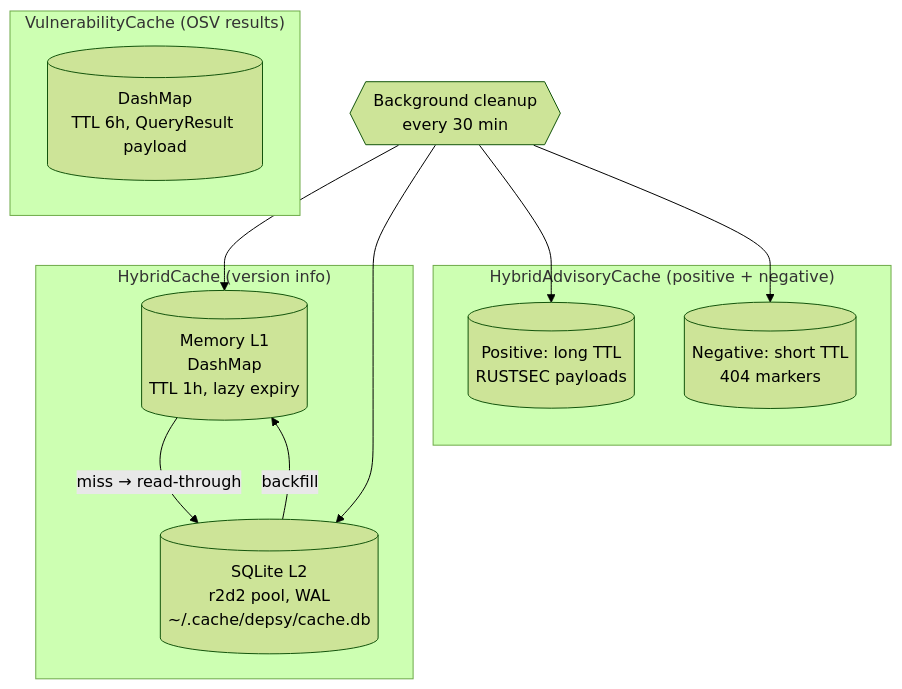
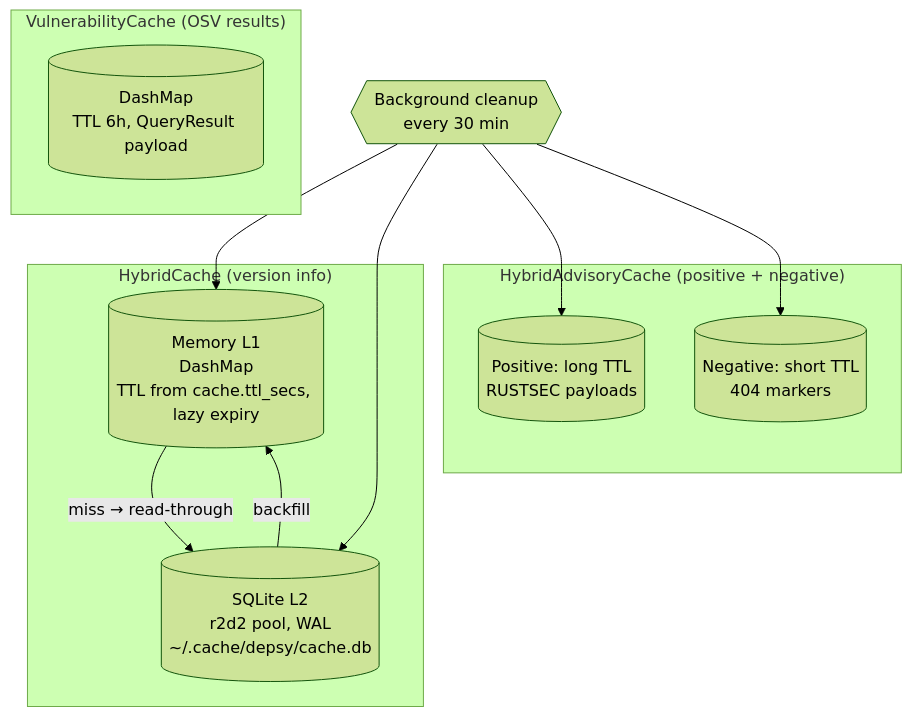
Before and after one commit to mpiton/zed-depsy: the third of 4 diagrams in docs/architecture.md, drawn with Mermaid (forest theme). The commit also changed 9 other files, not shown here.

First line of the commit message:
fix(cache): bound stored TTLs by the current one and accept any numeric ttl_secs

````diff
--- a/docs/architecture.md
+++ b/docs/architecture.md
@@ -312,24 +312,24 @@
 ```mermaid
 flowchart TB
     subgraph hybrid["HybridCache (version info)"]
-        L1[("Memory L1<br/>DashMap<String, CacheEntry><br/>TTL 1h, lazy expiry")]
+        L1[("Memory L1<br/>DashMap<String, CacheEntry><br/>TTL from cache.ttl_secs, lazy expiry")]
         L2[("SQLite L2<br/>r2d2 pool, WAL<br/>~/.cache/depsy/cache.db")]
         L1 -->|miss → read-through| L2
         L2 -->|backfill| L1
     end
 
     subgraph vuln["VulnerabilityCache (OSV results)"]
         VS[("DashMap<VulnCacheKey, VulnCacheEntry><br/>TTL 6h, QueryResult payload")]
     end
 
     subgraph adv["HybridAdvisoryCache (positive + negative)"]
         AP[("Positive: long TTL<br/>RUSTSEC payloads")]
         AN[("Negative: short TTL<br/>404 markers")]
     end
 
     Cleanup{{"Background cleanup<br/>every 30 min"}}
     Cleanup --> L1
     Cleanup --> L2
     Cleanup --> AP
     Cleanup --> AN
 ```
````
